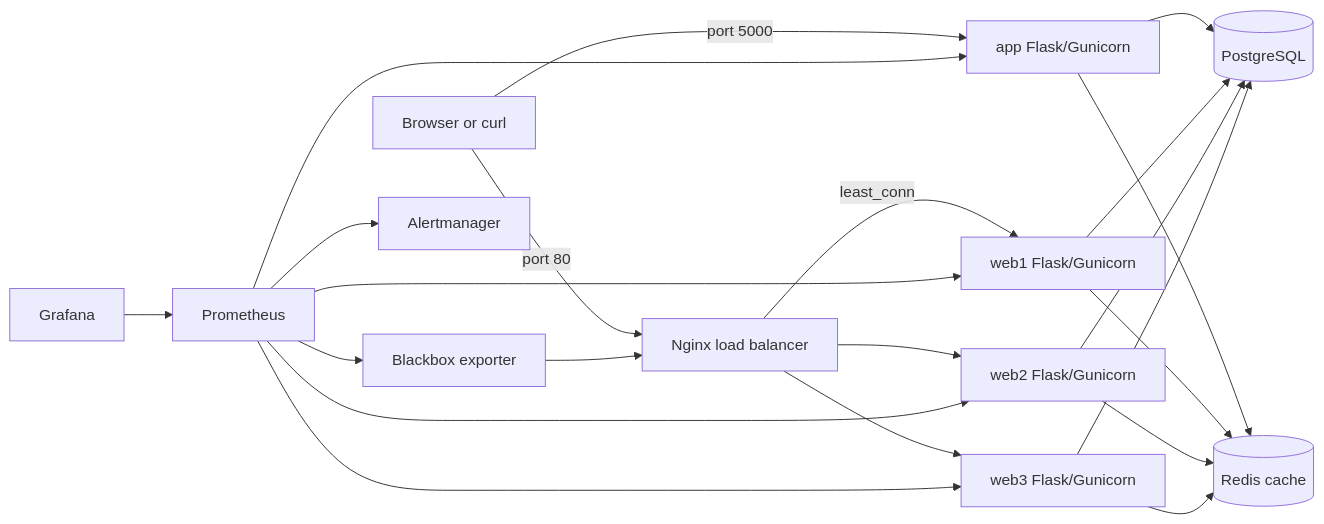
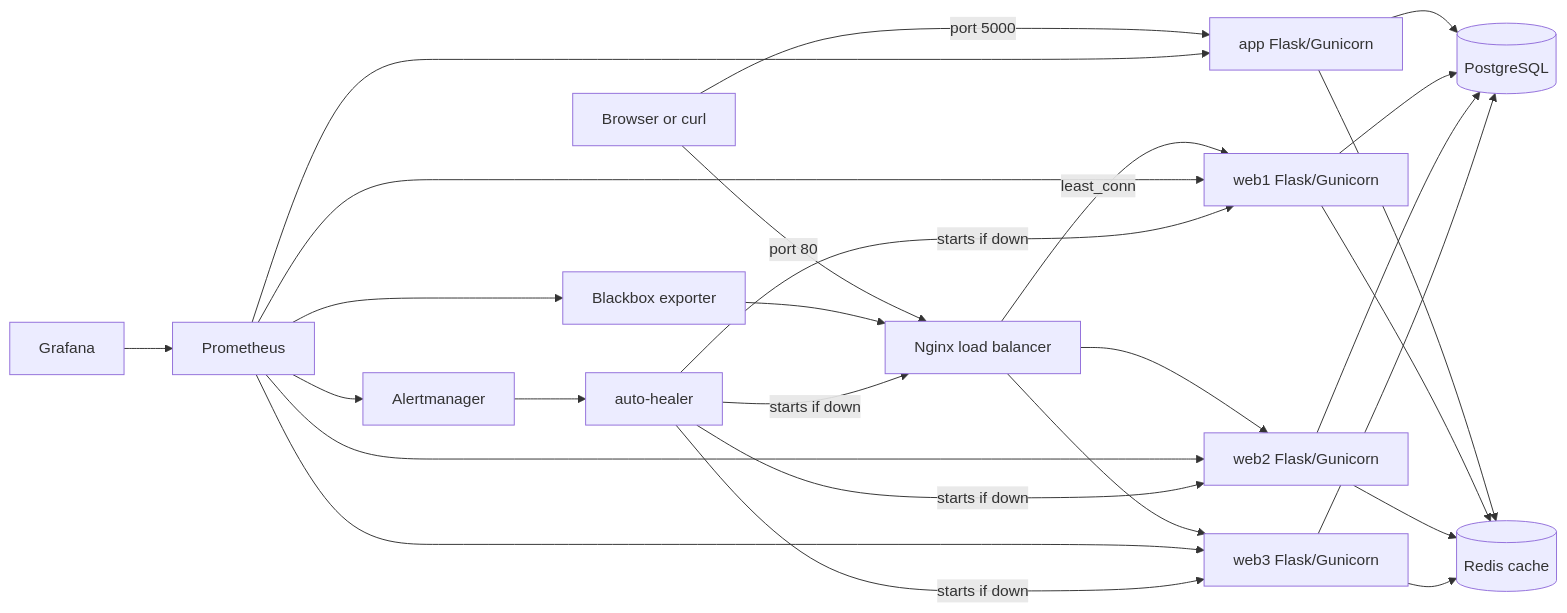
One commit to ndhaliwal59/PE-Hackathon-Template-2026 changed the diagram in README.md. Above: the diagram before and after it, drawn with Mermaid. The commit also changed other lines of this file and 7 other files, not shown here.

````diff
--- a/README.md
+++ b/README.md
@@ -32,31 +32,36 @@
 ```mermaid
 flowchart LR
   Client[Browser or curl]
   
   Client -->|port 5000| App[app Flask/Gunicorn]
   Client -->|port 80| Nginx[Nginx load balancer]
   
   Nginx -->|least_conn| Web1[web1 Flask/Gunicorn]
   Nginx --> Web2[web2 Flask/Gunicorn]
   Nginx --> Web3[web3 Flask/Gunicorn]
 
   App --> DB[(PostgreSQL)]
   Web1 --> DB
   Web2 --> DB
   Web3 --> DB
 
   App --> Redis[(Redis cache)]
   Web1 --> Redis
   Web2 --> Redis
   Web3 --> Redis
 
   Prometheus[Prometheus] --> App
   Prometheus --> Web1
   Prometheus --> Web2
   Prometheus --> Web3
   Prometheus --> Blackbox[Blackbox exporter]
   Blackbox --> Nginx
 
   Prometheus --> Alertmanager[Alertmanager]
+  Alertmanager --> AutoHealer["auto-healer"]
+  AutoHealer -->|"starts if down"| Nginx
+  AutoHealer -->|"starts if down"| Web1
+  AutoHealer -->|"starts if down"| Web2
+  AutoHealer -->|"starts if down"| Web3
   Grafana[Grafana] --> Prometheus
 ```
````
